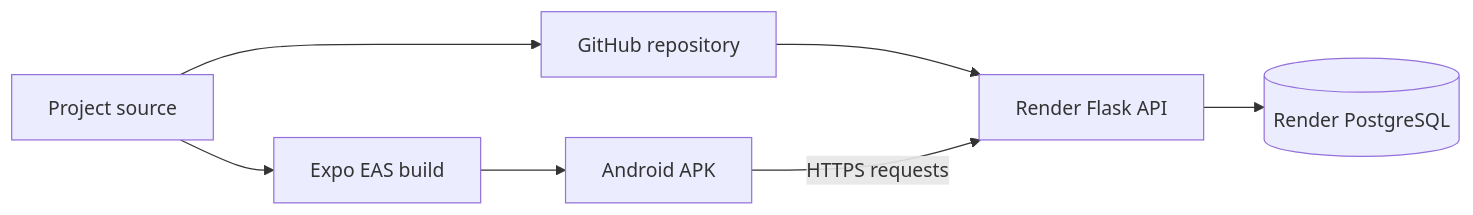
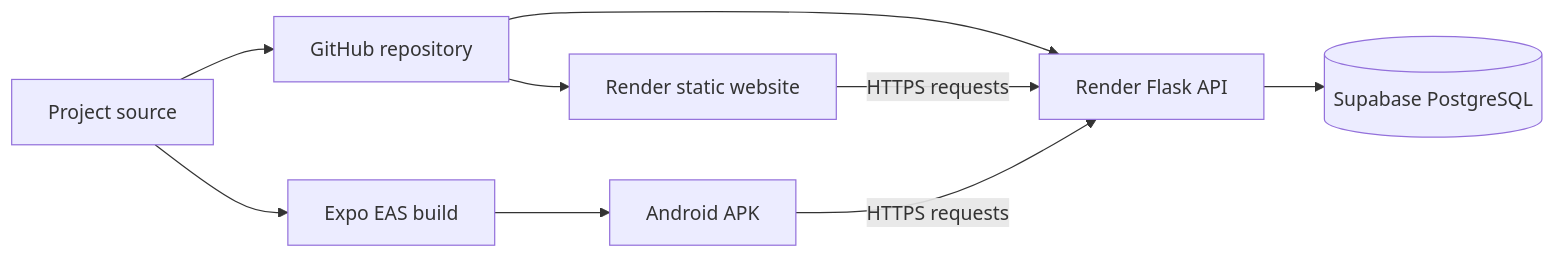
The third of 3 diagrams in BEGINNER_GUIDE.md (SaiSpandanatumu26/grove-and-stone), drawn with Mermaid before and after one commit. The commit also changed other lines of this file and 3 other files, not shown here.

````diff
--- a/BEGINNER_GUIDE.md
+++ b/BEGINNER_GUIDE.md
@@ -493,9 +493,11 @@
 ```mermaid
 flowchart LR
   S[Project source] --> R[GitHub repository]
   R --> B[Render Flask API]
-  B --> D[(Render PostgreSQL)]
+  R --> W[Render static website]
+  W -->|HTTPS requests| B
+  B --> D[(Supabase PostgreSQL)]
   S --> E[Expo EAS build]
   E --> A[Android APK]
   A -->|HTTPS requests| B
 ```
````
